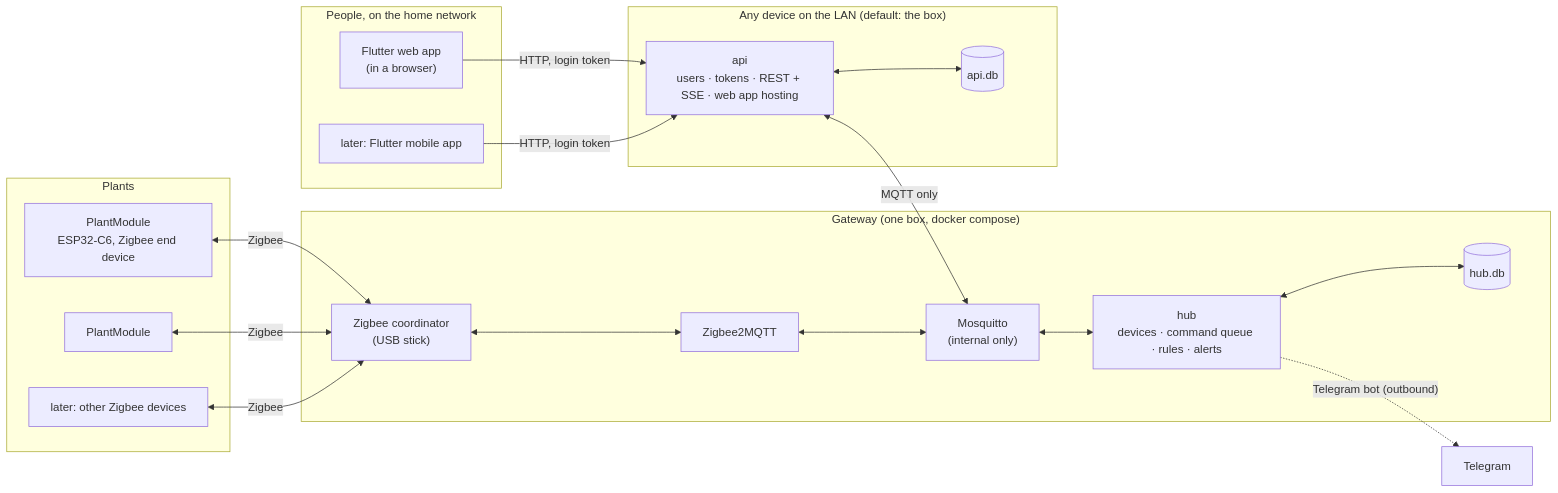
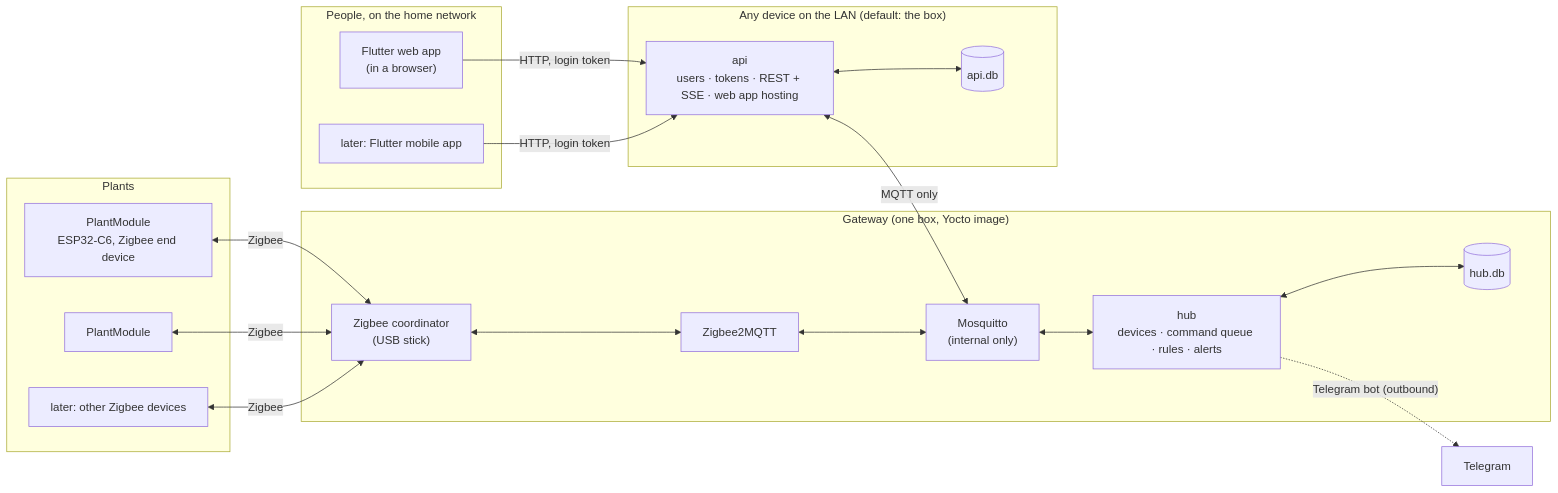
Before and after one commit to Hansom17/MoistureController: the first of 8 diagrams in PROJECT.md, drawn with Mermaid. The commit also changed other lines of this file and 30 other files, not shown here.

````diff
--- a/PROJECT.md
+++ b/PROJECT.md
@@ -37,34 +37,34 @@
 ```mermaid
 flowchart LR
     subgraph Plants["Plants"]
         D1["PlantModule<br/>ESP32-C6, Zigbee end device"]
         D2["PlantModule"]
         ZO["later: other Zigbee devices"]
     end
 
-    subgraph GW["Gateway (one box, docker compose)"]
+    subgraph GW["Gateway (one box, Yocto image)"]
         CO["Zigbee coordinator<br/>(USB stick)"]
         Z2M["Zigbee2MQTT"]
         MQ["Mosquitto<br/>(internal only)"]
         HUB["hub<br/>devices · command queue · rules · alerts"]
         HDB[("hub.db")]
         CO <--> Z2M <--> MQ <--> HUB
         HUB <--> HDB
     end
 
     subgraph Edge["Any device on the LAN (default: the box)"]
         API["api<br/>users · tokens · REST + SSE · web app hosting"]
         ADB[("api.db")]
         API <--> ADB
     end
     API <-- "MQTT only" --> MQ
 
     subgraph Users["People, on the home network"]
         W["Flutter web app<br/>(in a browser)"]
         M["later: Flutter mobile app"]
     end
 
     D1 & D2 & ZO <-- "Zigbee" --> CO
     W & M -- "HTTP, login token" --> API
     HUB -. "Telegram bot (outbound)" .-> TG["Telegram"]
 ```
````
